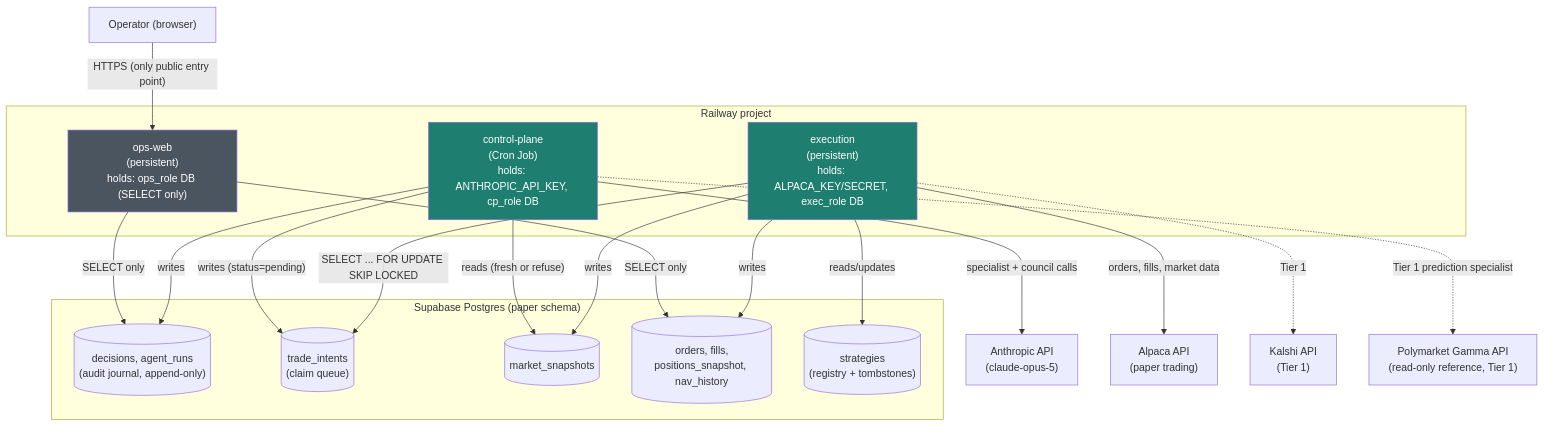
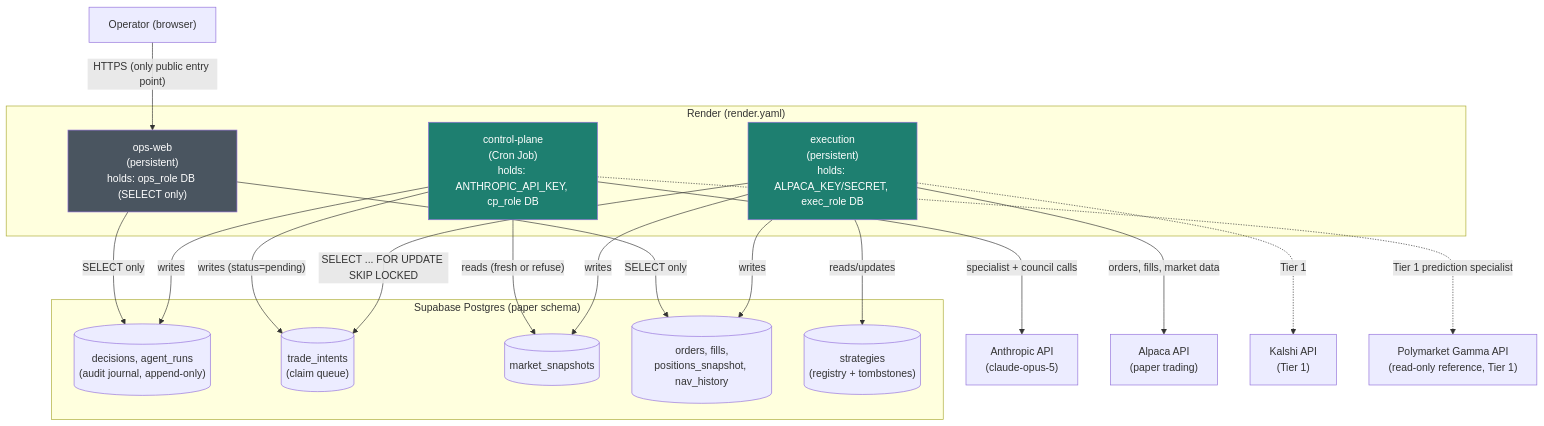
Before and after one commit to sandeep-velichety/option-pulse: the first of 2 diagrams in docs/ARCHITECTURE.md, drawn with Mermaid. The commit also changed other lines of this file and 6 other files, not shown here.

First line of the commit message:
Move hosting from Railway to Render (render.yaml Blueprint)

````diff
--- a/docs/ARCHITECTURE.md
+++ b/docs/ARCHITECTURE.md
@@ -10,44 +10,44 @@
 ```mermaid
 graph TB
     Operator["Operator (browser)"]
 
-    subgraph Railway["Railway project"]
+    subgraph Render["Render (render.yaml)"]
         CP["control-plane<br/>(Cron Job)<br/>holds: ANTHROPIC_API_KEY, cp_role DB"]
         EXE["execution<br/>(persistent)<br/>holds: ALPACA_KEY/SECRET, exec_role DB"]
         OPS["ops-web<br/>(persistent)<br/>holds: ops_role DB (SELECT only)"]
     end
 
     subgraph Supabase["Supabase Postgres (paper schema)"]
         T1[("decisions, agent_runs<br/>(audit journal, append-only)")]
         T2[("trade_intents<br/>(claim queue)")]
         T3[("market_snapshots")]
         T4[("orders, fills,<br/>positions_snapshot, nav_history")]
         T5[("strategies<br/>(registry + tombstones)")]
     end
 
     Anthropic["Anthropic API<br/>(claude-opus-5)"]
     Alpaca["Alpaca API<br/>(paper trading)"]
     Kalshi["Kalshi API<br/>(Tier 1)"]
     Polymarket["Polymarket Gamma API<br/>(read-only reference, Tier 1)"]
 
     Operator -- "HTTPS (only public entry point)" --> OPS
     OPS -- "SELECT only" --> T1
     OPS -- "SELECT only" --> T4
 
     CP -- "reads (fresh or refuse)" --> T3
     CP -- "writes" --> T1
     CP -- "writes (status=pending)" --> T2
     CP -- "specialist + council calls" --> Anthropic
 
     EXE -- "SELECT ... FOR UPDATE SKIP LOCKED" --> T2
     EXE -- "writes" --> T3
     EXE -- "writes" --> T4
     EXE -- "reads/updates" --> T5
     EXE -- "orders, fills, market data" --> Alpaca
     EXE -. "Tier 1" .-> Kalshi
     CP -. "Tier 1 prediction specialist" .-> Polymarket
 
     style CP fill:#1e7f70,color:#fff
     style EXE fill:#1e7f70,color:#fff
     style OPS fill:#4a5560,color:#fff
 ```
````
